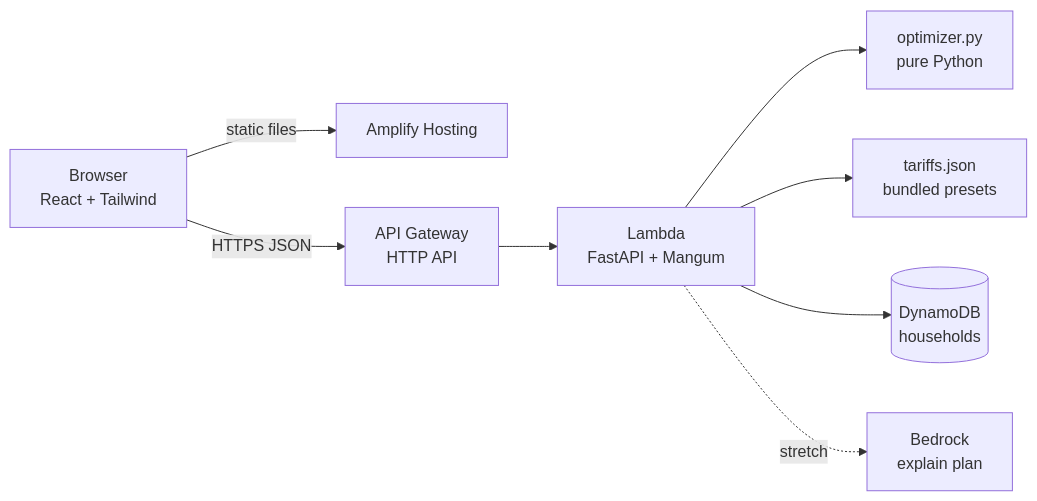
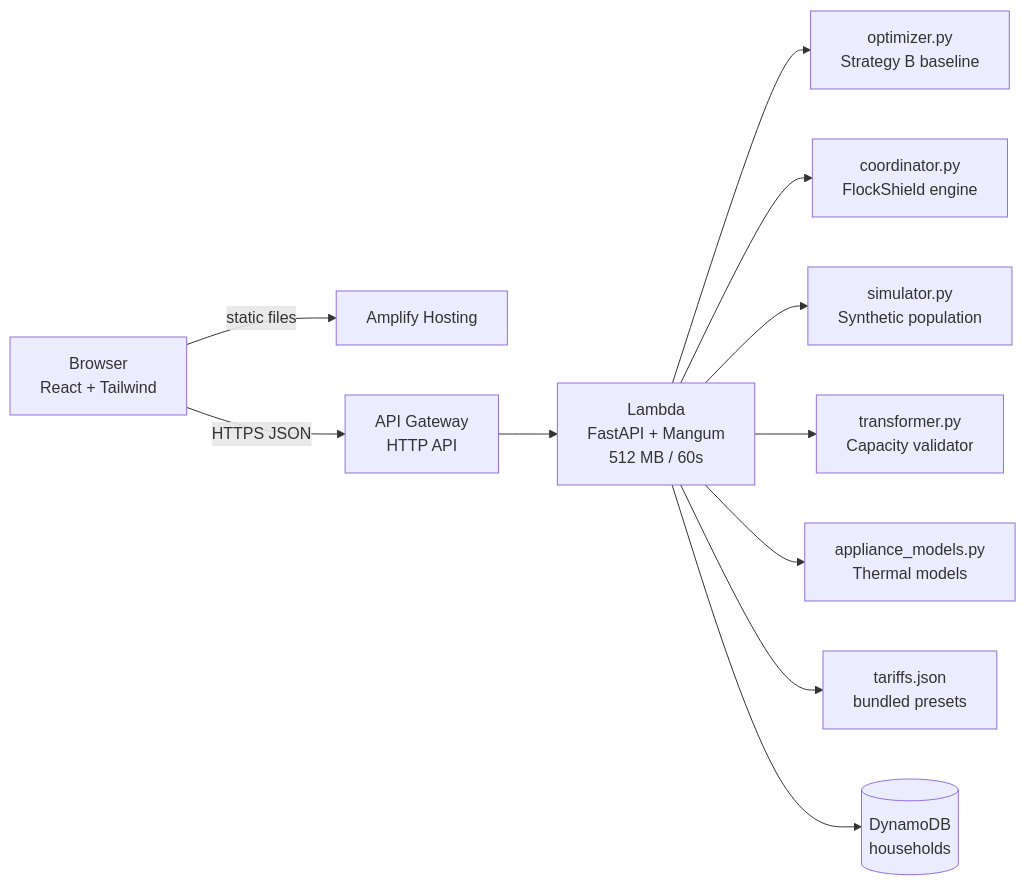
One commit to abhishekKokadwar/samayUrja changed the diagram in docs/architecture.md. Above: the diagram before and after it, drawn with Mermaid. The commit also changed other lines of this file and 43 other files, not shown here.

Commit message:
initiated the first app, with cost distribution and optimisation engine, named flock-shield

````diff
--- a/docs/architecture.md
+++ b/docs/architecture.md
@@ -7,10 +9,13 @@
 ```mermaid
 flowchart LR
     U[Browser<br/>React + Tailwind] -->|static files| A[Amplify Hosting]
     U -->|HTTPS JSON| G[API Gateway<br/>HTTP API]
-    G --> L[Lambda<br/>FastAPI + Mangum]
-    L --> O[optimizer.py<br/>pure Python]
+    G --> L[Lambda<br/>FastAPI + Mangum<br/>512 MB / 60s]
+    L --> OPT[optimizer.py<br/>Strategy B baseline]
+    L --> COORD[coordinator.py<br/>FlockShield engine]
+    L --> SIM[simulator.py<br/>Synthetic population]
+    L --> XFMR[transformer.py<br/>Capacity validator]
+    L --> APP[appliance_models.py<br/>Thermal models]
     L --> T[tariffs.json<br/>bundled presets]
     L --> D[(DynamoDB<br/>households)]
-    L -.stretch.-> B[Bedrock<br/>explain plan]
 ```
````
